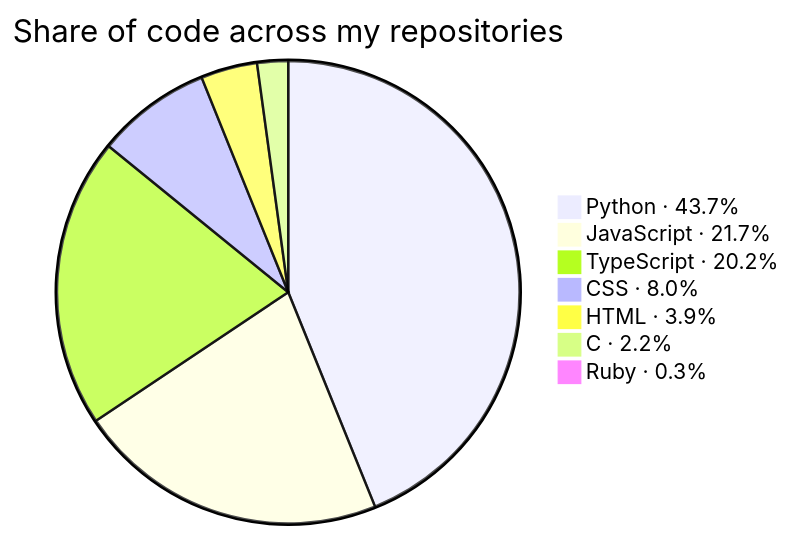
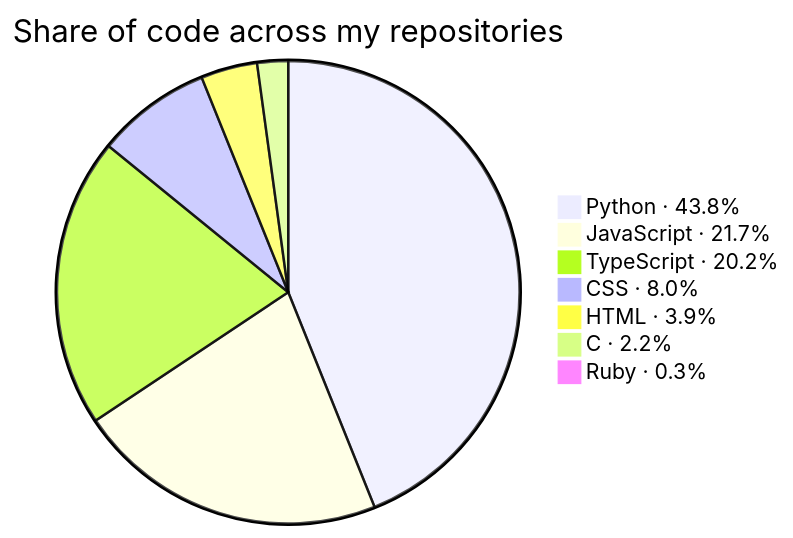
The second of 3 diagrams in README.md (KathFK1234/KathFK1234), drawn with Mermaid before and after one commit. The commit also changed other lines of this file and 3 other files, not shown here.

````diff
--- a/README.md
+++ b/README.md
@@ -109,11 +109,11 @@
 ```mermaid
 %%{init: {"themeVariables": {"pieSectionTextSize": "0px"}}}%%
 pie title Share of code across my repositories
-    "Python · 43.7%" : 1274.4
+    "Python · 43.8%" : 1276.6
     "JavaScript · 21.7%" : 631.6
     "TypeScript · 20.2%" : 588.0
     "CSS · 8.0%" : 233.2
     "HTML · 3.9%" : 114.6
     "C · 2.2%" : 62.7
     "Ruby · 0.3%" : 10.1
 ```
````
